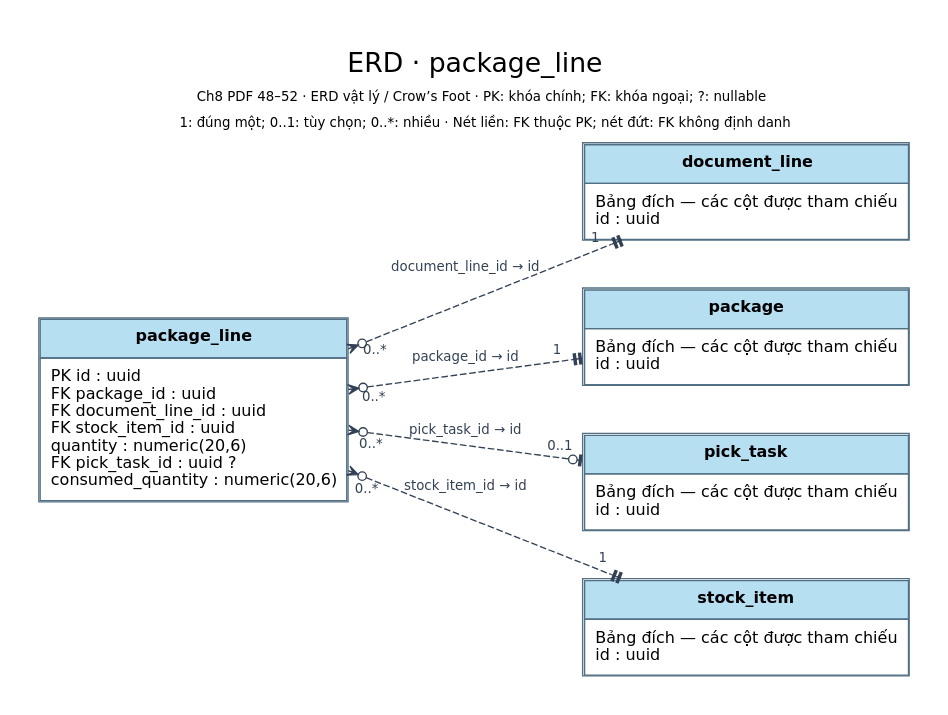
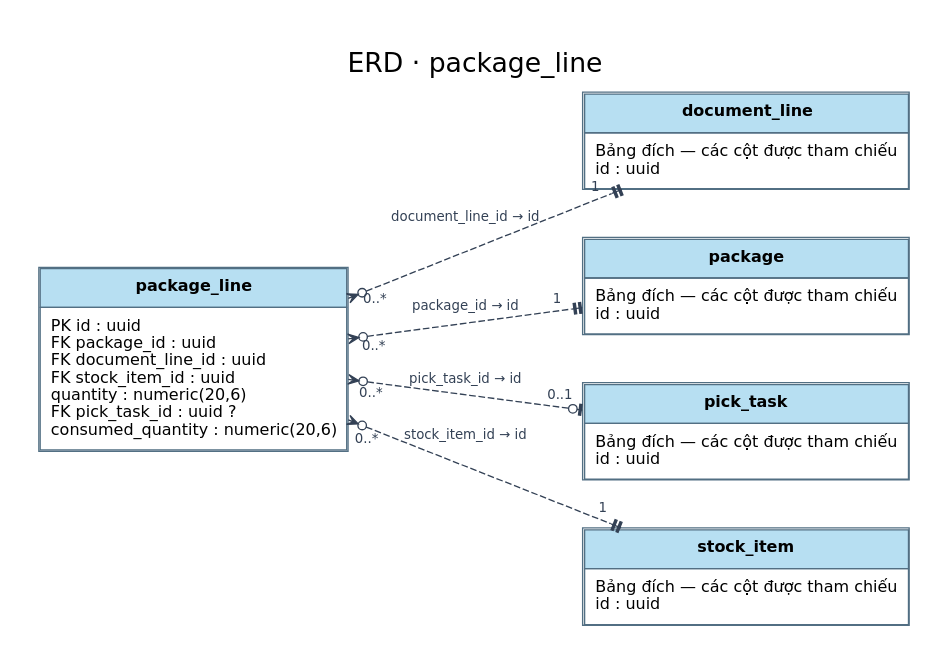
The diagram in 03_So_do/Hien_hanh/dot/ERD_package_line.dot (TEAM-DEV-FIVE/WMS_BA_2_0), drawn with Graphviz before and after one commit. The commit also changed 268 other files, not shown here.

Commit message:
docs: remove technical captions from current diagrams

```diff
--- a/03_So_do/Hien_hanh/dot/ERD_package_line.dot
+++ b/03_So_do/Hien_hanh/dot/ERD_package_line.dot
@@ -1,15 +1,15 @@
 digraph WMS {
 graph [rankdir=LR, bgcolor="white", nodesep=.5, ranksep=.9, pad=.3];
 node [shape=plain, fontname="DejaVu Sans", fontsize=12];
 edge [fontname="DejaVu Sans", fontsize=10, color="#334155", fontcolor="#334155", arrowsize=.8];
-label=<<TABLE BORDER="0" CELLBORDER="0" CELLPADDING="3"><TR><TD><FONT POINT-SIZE="20">ERD · package_line</FONT></TD></TR><TR><TD><FONT POINT-SIZE="10">Ch8 PDF 48–52 · ERD vật lý / Crow’s Foot · PK: khóa chính; FK: khóa ngoại; ?: nullable</FONT></TD></TR><TR><TD><FONT POINT-SIZE="10">1: đúng một; 0..1: tùy chọn; 0..*: nhiều · Nét liền: FK thuộc PK; nét đứt: FK không định danh</FONT></TD></TR></TABLE>>; labelloc=t; fontname="DejaVu Sans"; fontsize=16;
+label=<<TABLE BORDER="0" CELLBORDER="0" CELLPADDING="3"><TR><TD><FONT POINT-SIZE="20">ERD · package_line</FONT></TD></TR></TABLE>>; labelloc=t; fontname="DejaVu Sans"; fontsize=16;
 "package_line" [label=<<TABLE BORDER="1" CELLBORDER="1" CELLSPACING="0" CELLPADDING="7" COLOR="#526f83"><TR><TD BGCOLOR="#b7dff2"><B>package_line</B></TD></TR><TR><TD ALIGN="LEFT" BALIGN="LEFT">PK id : uuid<BR ALIGN="LEFT"/>FK package_id : uuid<BR ALIGN="LEFT"/>FK document_line_id : uuid<BR ALIGN="LEFT"/>FK stock_item_id : uuid<BR ALIGN="LEFT"/>quantity : numeric(20,6)<BR ALIGN="LEFT"/>FK pick_task_id : uuid ?<BR ALIGN="LEFT"/>consumed_quantity : numeric(20,6)</TD></TR></TABLE>>];
 "document_line" [label=<<TABLE BORDER="1" CELLBORDER="1" CELLSPACING="0" CELLPADDING="7" COLOR="#526f83"><TR><TD BGCOLOR="#b7dff2"><B>document_line</B></TD></TR><TR><TD ALIGN="LEFT" BALIGN="LEFT">Bảng đích — các cột được tham chiếu<BR ALIGN="LEFT"/>id : uuid</TD></TR></TABLE>>];
 "package" [label=<<TABLE BORDER="1" CELLBORDER="1" CELLSPACING="0" CELLPADDING="7" COLOR="#526f83"><TR><TD BGCOLOR="#b7dff2"><B>package</B></TD></TR><TR><TD ALIGN="LEFT" BALIGN="LEFT">Bảng đích — các cột được tham chiếu<BR ALIGN="LEFT"/>id : uuid</TD></TR></TABLE>>];
 "pick_task" [label=<<TABLE BORDER="1" CELLBORDER="1" CELLSPACING="0" CELLPADDING="7" COLOR="#526f83"><TR><TD BGCOLOR="#b7dff2"><B>pick_task</B></TD></TR><TR><TD ALIGN="LEFT" BALIGN="LEFT">Bảng đích — các cột được tham chiếu<BR ALIGN="LEFT"/>id : uuid</TD></TR></TABLE>>];
 "stock_item" [label=<<TABLE BORDER="1" CELLBORDER="1" CELLSPACING="0" CELLPADDING="7" COLOR="#526f83"><TR><TD BGCOLOR="#b7dff2"><B>stock_item</B></TD></TR><TR><TD ALIGN="LEFT" BALIGN="LEFT">Bảng đích — các cột được tham chiếu<BR ALIGN="LEFT"/>id : uuid</TD></TR></TABLE>>];
 "package_line" -> "document_line" [label="document_line_id → id", dir="both", arrowtail="crowodot", arrowhead="teetee", taillabel="0..*", headlabel="1", labeldistance="2", style="dashed"];
 "package_line" -> "package" [label="package_id → id", dir="both", arrowtail="crowodot", arrowhead="teetee", taillabel="0..*", headlabel="1", labeldistance="2", style="dashed"];
 "package_line" -> "pick_task" [label="pick_task_id → id", dir="both", arrowtail="crowodot", arrowhead="teeodot", taillabel="0..*", headlabel="0..1", labeldistance="2", style="dashed"];
 "package_line" -> "stock_item" [label="stock_item_id → id", dir="both", arrowtail="crowodot", arrowhead="teetee", taillabel="0..*", headlabel="1", labeldistance="2", style="dashed"];
 }
```
